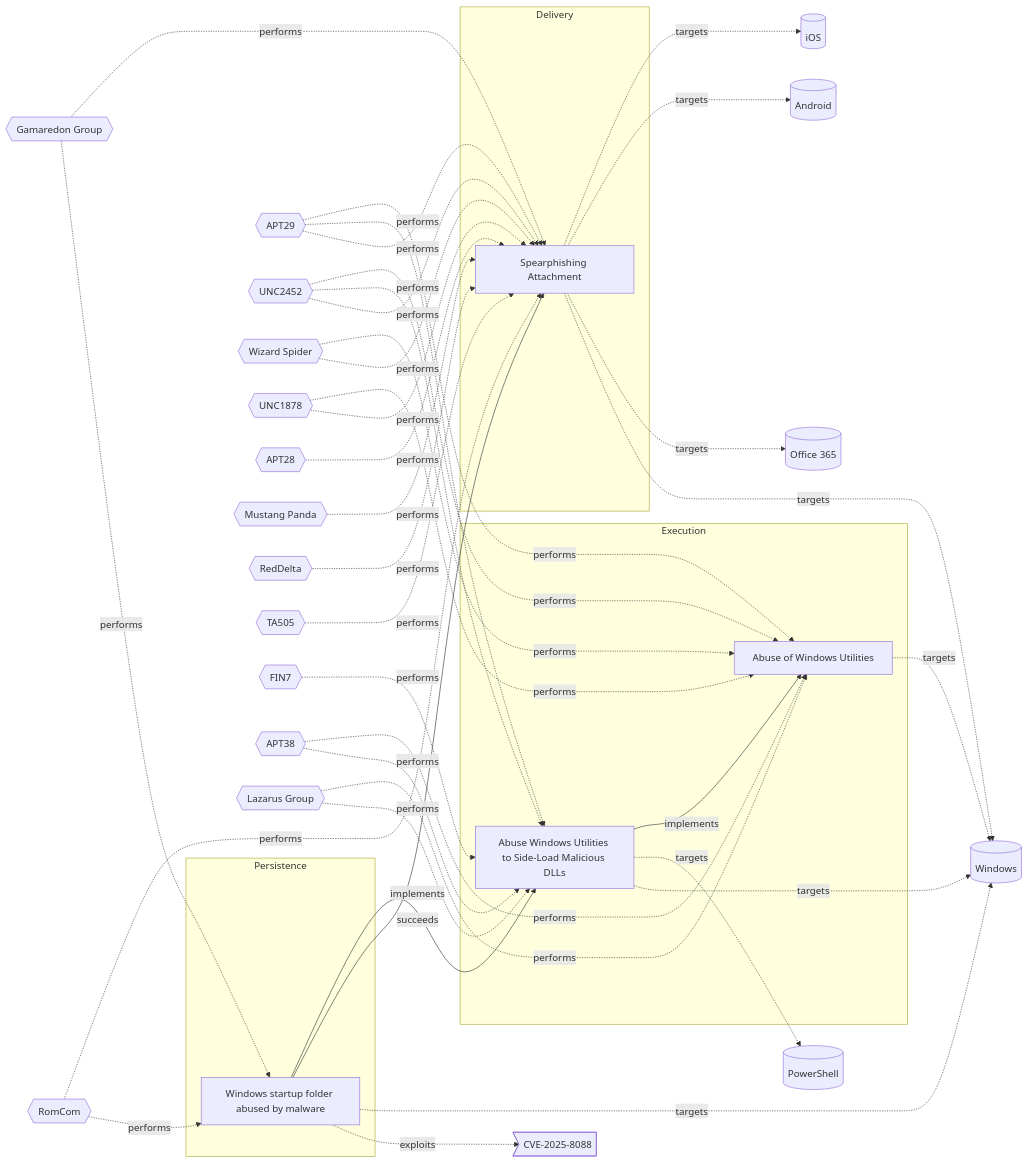
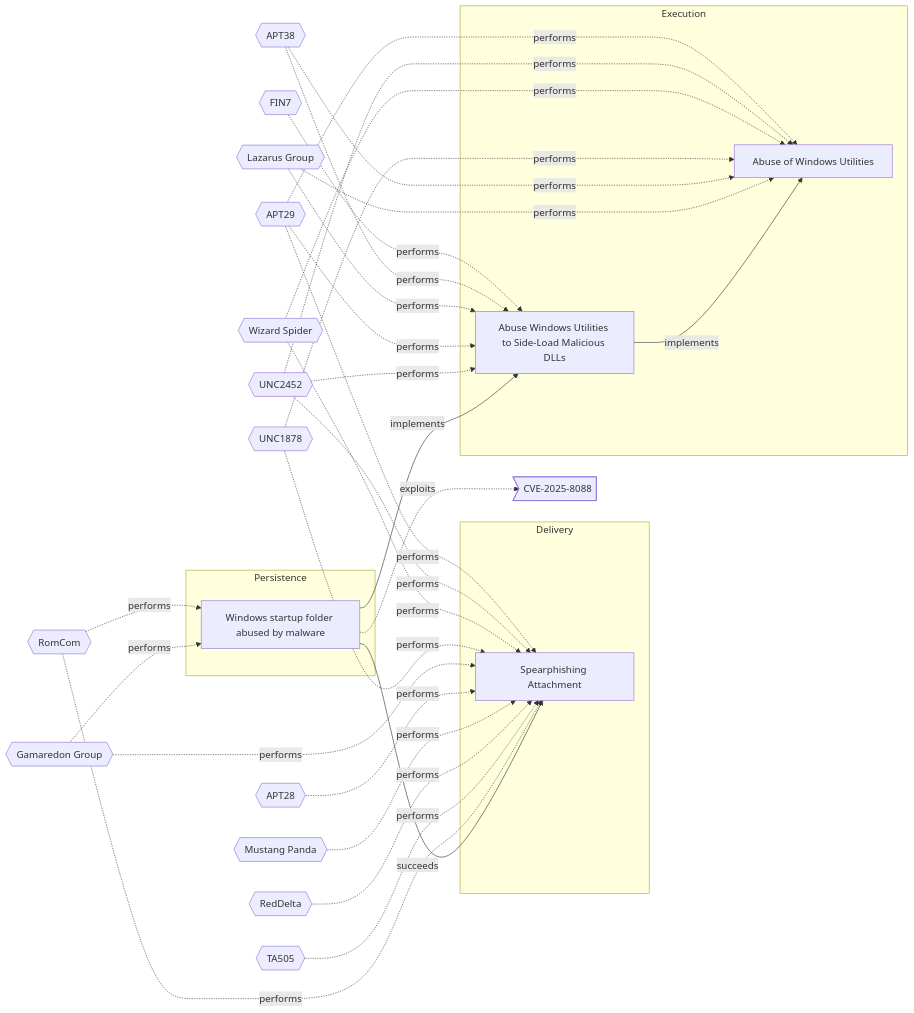
The diagram in Models/Threat Vectors/☣️ Windows startup folder abused by malware.md (OpenTideHQ/WikiTide), drawn with Mermaid before and after one commit. The commit also changed other lines of this file and 232 other files, not shown here.

````diff
--- a/Models/Threat Vectors/☣️ Windows startup folder abused by malware.md
+++ b/Models/Threat Vectors/☣️ Windows startup folder abused by malware.md
@@ -118,78 +118,65 @@
 ```mermaid
 
 flowchart LR
 
 cce22952-735a-4255-8319-e5e44aef9d85[Windows startup folder abused by malware]
 dd5d942c-bac4-4000-b9a6-ca4fef6cfb84[Spearphishing Attachment]
 86f62c3a-6556-4a64-a9f5-a79168ad42d9[Abuse Windows Utilities to Side-Load Malicious DLLs]
 d5039f2c-9fcc-4ba3-ad6a-da8c891ba745[Abuse of Windows Utilities]
 
 subgraph Persistence
 cce22952-735a-4255-8319-e5e44aef9d85
 end
 subgraph Delivery
 dd5d942c-bac4-4000-b9a6-ca4fef6cfb84
 end
 subgraph Execution
 86f62c3a-6556-4a64-a9f5-a79168ad42d9
 d5039f2c-9fcc-4ba3-ad6a-da8c891ba745
 end
 
 CVE-2025-8088>CVE-2025-8088]
-Windows[(Windows)]
-Office365[(Office 365)]
-Android[(Android)]
-iOS[(iOS)]
-PowerShell[(PowerShell)]
 RomCom{{RomCom}}
 GamaredonGroup{{Gamaredon Group}}
 APT29{{APT29}}
 UNC2452{{UNC2452}}
 WizardSpider{{Wizard Spider}}
 UNC1878{{UNC1878}}
 APT28{{APT28}}
 MustangPanda{{Mustang Panda}}
 RedDelta{{RedDelta}}
 TA505{{TA505}}
 FIN7{{FIN7}}
 APT38{{APT38}}
 LazarusGroup{{Lazarus Group}}
 
 cce22952-735a-4255-8319-e5e44aef9d85 -.->|exploits| CVE-2025-8088
-cce22952-735a-4255-8319-e5e44aef9d85 -.->|targets| Windows
-dd5d942c-bac4-4000-b9a6-ca4fef6cfb84 -.->|targets| Windows
-dd5d942c-bac4-4000-b9a6-ca4fef6cfb84 -.->|targets| Office365
-dd5d942c-bac4-4000-b9a6-ca4fef6cfb84 -.->|targets| Android
-dd5d942c-bac4-4000-b9a6-ca4fef6cfb84 -.->|targets| iOS
-86f62c3a-6556-4a64-a9f5-a79168ad42d9 -.->|targets| Windows
-86f62c3a-6556-4a64-a9f5-a79168ad42d9 -.->|targets| PowerShell
-d5039f2c-9fcc-4ba3-ad6a-da8c891ba745 -.->|targets| Windows
 RomCom -.-> |performs| cce22952-735a-4255-8319-e5e44aef9d85
 GamaredonGroup -.-> |performs| cce22952-735a-4255-8319-e5e44aef9d85
 APT29 -.-> |performs| dd5d942c-bac4-4000-b9a6-ca4fef6cfb84
 UNC2452 -.-> |performs| dd5d942c-bac4-4000-b9a6-ca4fef6cfb84
 WizardSpider -.-> |performs| dd5d942c-bac4-4000-b9a6-ca4fef6cfb84
 UNC1878 -.-> |performs| dd5d942c-bac4-4000-b9a6-ca4fef6cfb84
 GamaredonGroup -.-> |performs| dd5d942c-bac4-4000-b9a6-ca4fef6cfb84
 APT28 -.-> |performs| dd5d942c-bac4-4000-b9a6-ca4fef6cfb84
 MustangPanda -.-> |performs| dd5d942c-bac4-4000-b9a6-ca4fef6cfb84
 RedDelta -.-> |performs| dd5d942c-bac4-4000-b9a6-ca4fef6cfb84
 TA505 -.-> |performs| dd5d942c-bac4-4000-b9a6-ca4fef6cfb84
 RomCom -.-> |performs| dd5d942c-bac4-4000-b9a6-ca4fef6cfb84
 FIN7 -.-> |performs| 86f62c3a-6556-4a64-a9f5-a79168ad42d9
 APT38 -.-> |performs| 86f62c3a-6556-4a64-a9f5-a79168ad42d9
 LazarusGroup -.-> |performs| 86f62c3a-6556-4a64-a9f5-a79168ad42d9
 APT29 -.-> |performs| 86f62c3a-6556-4a64-a9f5-a79168ad42d9
 UNC2452 -.-> |performs| 86f62c3a-6556-4a64-a9f5-a79168ad42d9
 APT29 -.-> |performs| d5039f2c-9fcc-4ba3-ad6a-da8c891ba745
 UNC2452 -.-> |performs| d5039f2c-9fcc-4ba3-ad6a-da8c891ba745
 WizardSpider -.-> |performs| d5039f2c-9fcc-4ba3-ad6a-da8c891ba745
 UNC1878 -.-> |performs| d5039f2c-9fcc-4ba3-ad6a-da8c891ba745
 APT38 -.-> |performs| d5039f2c-9fcc-4ba3-ad6a-da8c891ba745
 LazarusGroup -.-> |performs| d5039f2c-9fcc-4ba3-ad6a-da8c891ba745
 
 cce22952-735a-4255-8319-e5e44aef9d85 -->|succeeds| dd5d942c-bac4-4000-b9a6-ca4fef6cfb84
 cce22952-735a-4255-8319-e5e44aef9d85 -->|implements| 86f62c3a-6556-4a64-a9f5-a79168ad42d9
 86f62c3a-6556-4a64-a9f5-a79168ad42d9 -->|implements| d5039f2c-9fcc-4ba3-ad6a-da8c891ba745
 
 ```
````
